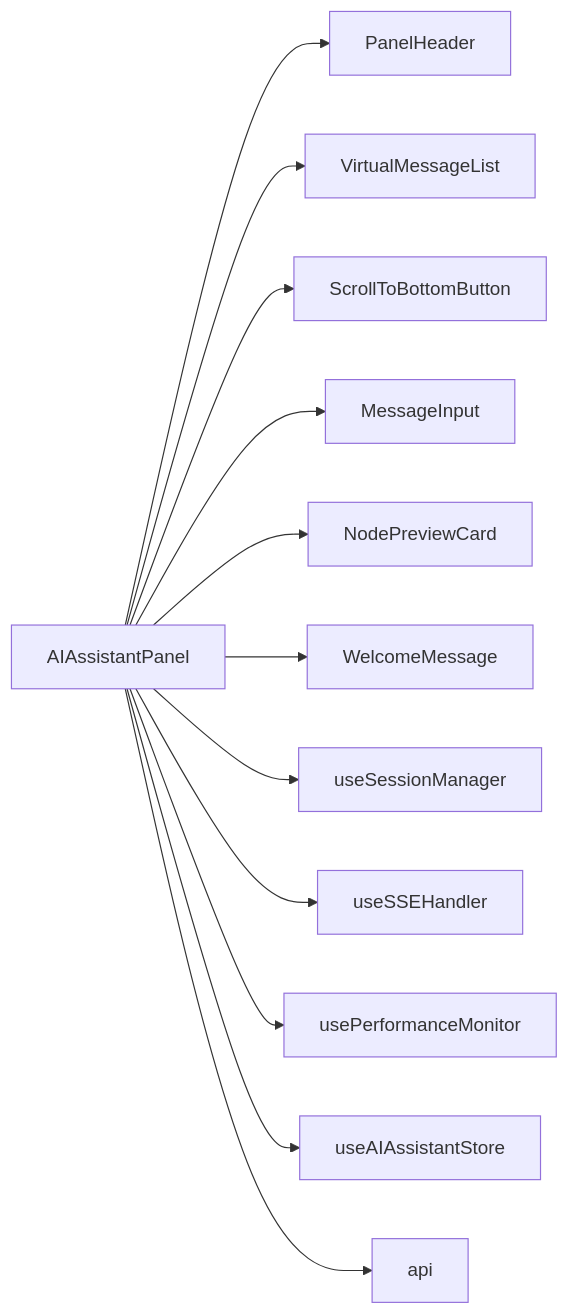
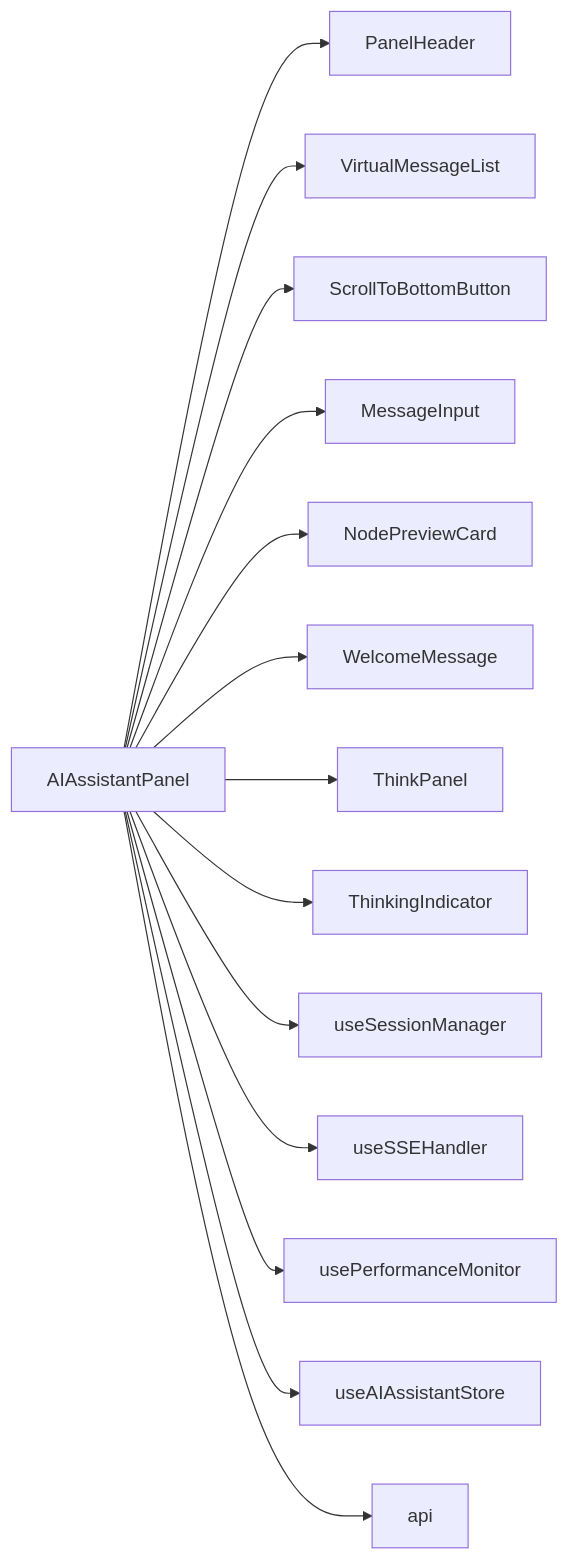
Before and after one commit to KunLabAI/KunFlix: diagram 13 of 13 in .qoder/repowiki/zh/content/前端组件系统/AI助手组件/AI助手面板.md, drawn with Mermaid. The commit also changed other lines of this file and 5 other files, not shown here.

````diff
--- a/.qoder/repowiki/zh/content/前端组件系统/AI助手组件/AI助手面板.md
+++ b/.qoder/repowiki/zh/content/前端组件系统/AI助手组件/AI助手面板.md
@@ -397,14 +473,16 @@
 ```mermaid
 graph LR
 A["AIAssistantPanel"] --> B["PanelHeader"]
 A --> C["VirtualMessageList"]
 A --> D["ScrollToBottomButton"]
 A --> E["MessageInput"]
 A --> F["NodePreviewCard"]
 A --> G["WelcomeMessage"]
-A --> H["useSessionManager"]
-A --> I["useSSEHandler"]
-A --> J["usePerformanceMonitor"]
-A --> K["useAIAssistantStore"]
-A --> L["api"]
+A --> H["ThinkPanel"]
+A --> I["ThinkingIndicator"]
+A --> J["useSessionManager"]
+A --> K["useSSEHandler"]
+A --> L["usePerformanceMonitor"]
+A --> M["useAIAssistantStore"]
+A --> N["api"]
 ```
````
